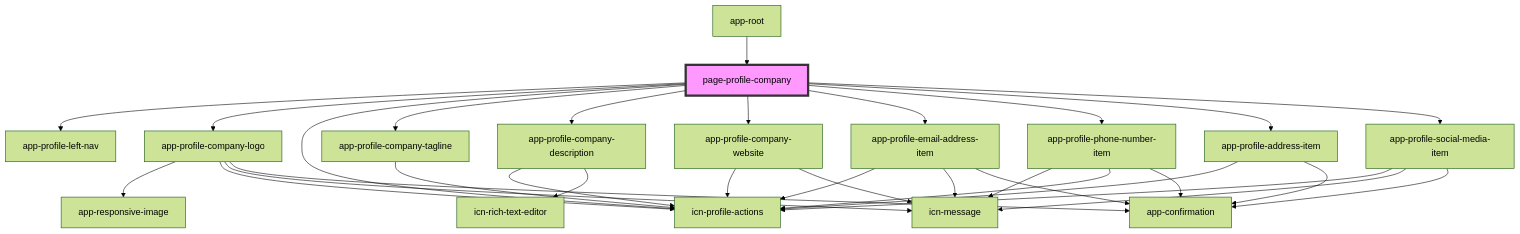
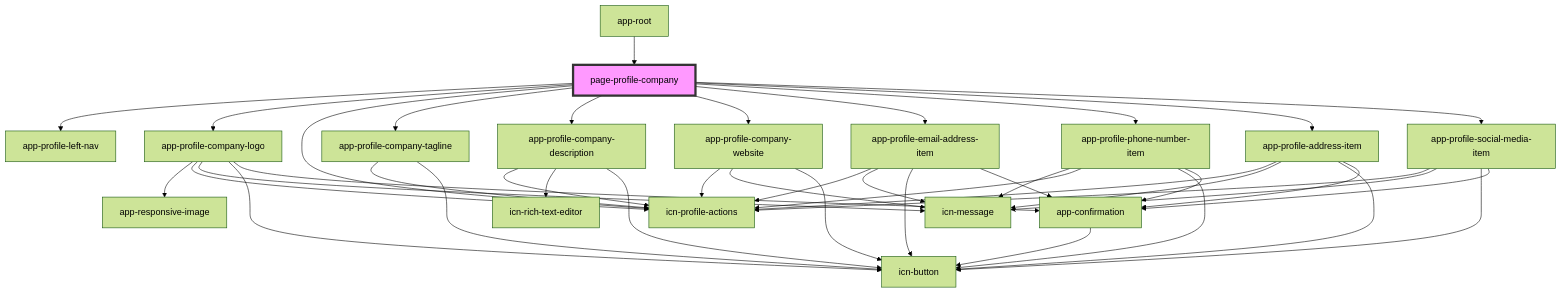
The diagram in iconeventnetwork-web/src/components/pages/page-profile-company/readme.md (lokheed/IconEventNetwork.Web), drawn with Mermaid (forest theme) before and after one commit. The commit also changed 61 other files, not shown here.

First line of the commit message:
Created icn-button component

````diff
--- a/iconeventnetwork-web/src/components/pages/page-profile-company/readme.md
+++ b/iconeventnetwork-web/src/components/pages/page-profile-company/readme.md
@@ -35,35 +35,45 @@
 ```mermaid
 graph TD;
   page-profile-company --> app-profile-left-nav
   page-profile-company --> app-profile-company-logo
   page-profile-company --> icn-profile-actions
   page-profile-company --> app-profile-company-tagline
   page-profile-company --> app-profile-company-description
   page-profile-company --> app-profile-company-website
   page-profile-company --> app-profile-email-address-item
   page-profile-company --> app-profile-phone-number-item
   page-profile-company --> app-profile-address-item
   page-profile-company --> app-profile-social-media-item
   app-profile-company-logo --> app-responsive-image
   app-profile-company-logo --> icn-profile-actions
   app-profile-company-logo --> icn-message
+  app-profile-company-logo --> icn-button
   app-profile-company-logo --> app-confirmation
+  app-confirmation --> icn-button
   app-profile-company-tagline --> icn-profile-actions
+  app-profile-company-tagline --> icn-button
   app-profile-company-description --> icn-profile-actions
   app-profile-company-description --> icn-rich-text-editor
+  app-profile-company-description --> icn-button
   app-profile-company-website --> icn-profile-actions
   app-profile-company-website --> icn-message
+  app-profile-company-website --> icn-button
   app-profile-email-address-item --> icn-profile-actions
   app-profile-email-address-item --> icn-message
+  app-profile-email-address-item --> icn-button
   app-profile-email-address-item --> app-confirmation
   app-profile-phone-number-item --> icn-message
   app-profile-phone-number-item --> icn-profile-actions
+  app-profile-phone-number-item --> icn-button
   app-profile-phone-number-item --> app-confirmation
   app-profile-address-item --> icn-profile-actions
+  app-profile-address-item --> icn-message
+  app-profile-address-item --> icn-button
   app-profile-address-item --> app-confirmation
   app-profile-social-media-item --> icn-profile-actions
   app-profile-social-media-item --> icn-message
+  app-profile-social-media-item --> icn-button
   app-profile-social-media-item --> app-confirmation
   app-root --> page-profile-company
   style page-profile-company fill:#f9f,stroke:#333,stroke-width:4px
 ```
````
